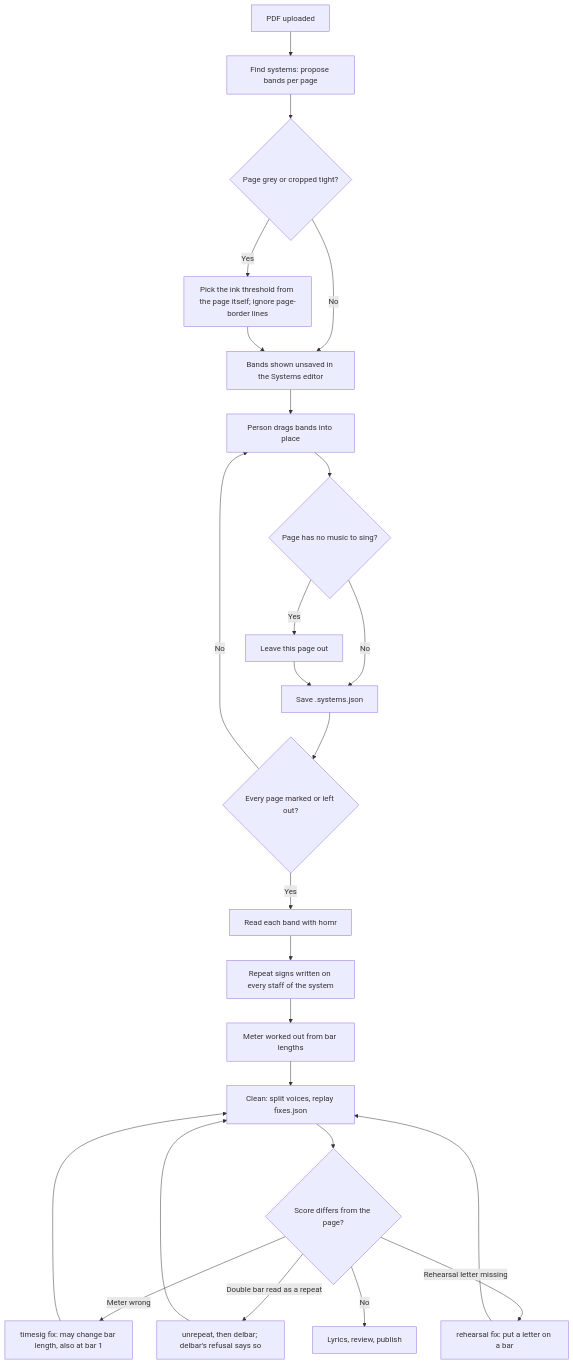
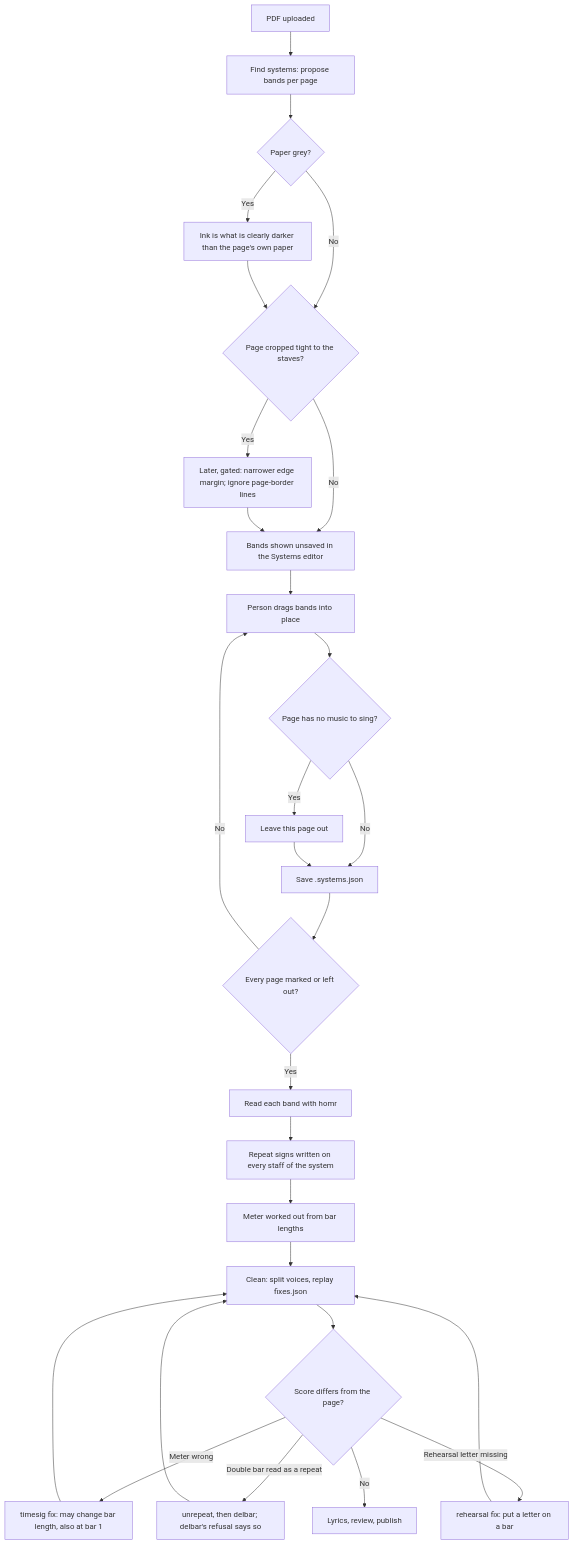
Before and after one commit to eerovil/musescore-choir-plugins: the diagram in docs/diagrams/scanning-a-pdf.md, drawn with Mermaid. The commit also changed other lines of this file, not shown here.

Commit message:
Diagram: the grey-paper rule #494 ships, apart from the later over-split change

````diff
--- a/docs/diagrams/scanning-a-pdf.md
+++ b/docs/diagrams/scanning-a-pdf.md
@@ -7,31 +7,34 @@
 ```mermaid
 flowchart TD
   pdf[PDF uploaded] --> find[Find systems: propose bands per page]
-  find --> grey{Page grey or cropped tight?}
-  grey -- Yes --> otsu[Pick the ink threshold from the page itself; ignore page-border lines]
-  grey -- No --> bands
-  otsu --> bands[Bands shown unsaved in the Systems editor]
+  find --> grey{Paper grey?}
+  grey -- Yes --> ink[Ink is what is clearly darker than the page's own paper]
+  grey -- No --> tight
+  ink --> tight{Page cropped tight to the staves?}
+  tight -- Yes --> edge[Later, gated: narrower edge margin; ignore page-border lines]
+  tight -- No --> bands
+  edge --> bands[Bands shown unsaved in the Systems editor]
   bands --> drag[Person drags bands into place]
   drag --> skip{Page has no music to sing?}
   skip -- Yes --> leave[Leave this page out]
   skip -- No --> save
   leave --> save[Save .systems.json]
   save --> gate{Every page marked or left out?}
   gate -- No --> drag
   gate -- Yes --> read[Read each band with homr]
   read --> union[Repeat signs written on every staff of the system]
   union --> meter[Meter worked out from bar lengths]
   meter --> clean[Clean: split voices, replay fixes.json]
   clean --> fix{Score differs from the page?}
   fix -- Meter wrong --> timesig[timesig fix: may change bar length, also at bar 1]
   fix -- Double bar read as a repeat --> unrep[unrepeat, then delbar; delbar's refusal says so]
   fix -- Rehearsal letter missing --> reh[rehearsal fix: put a letter on a bar]
   fix -- No --> lyrics[Lyrics, review, publish]
   timesig --> clean
   unrep --> clean
   reh --> clean
 
   class pdf,find,bands,save,read,union,meter,clean,lyrics blue
-  class otsu,leave,timesig,unrep,reh amber
-  class drag,skip,fix,grey,gate violet
+  class ink,edge,leave,timesig,unrep,reh amber
+  class drag,skip,fix,grey,tight,gate violet
 ```
````
